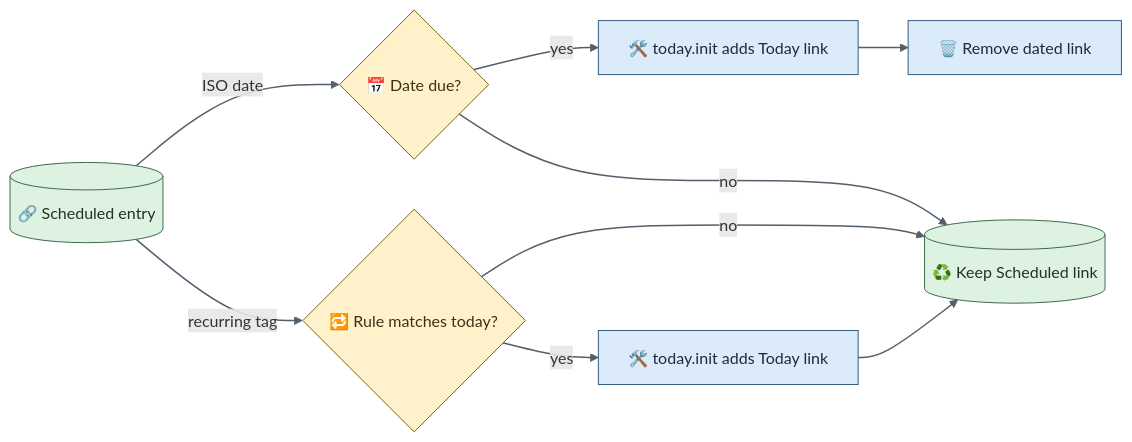
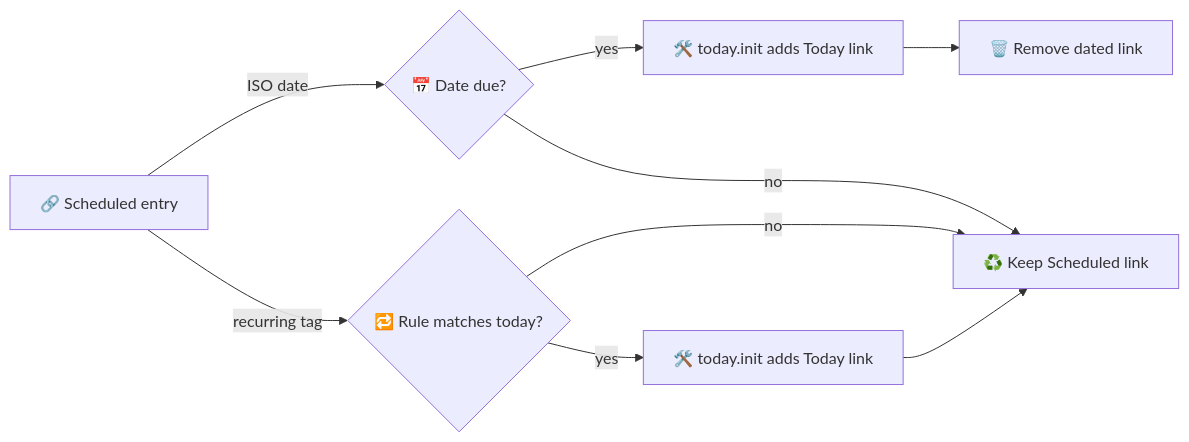
One commit to enogrob/project-today-manager changed the third of 3 diagrams in README.md. Above: the diagram before and after it, drawn with Mermaid. The commit also changed other lines of this file, not shown here.

````diff
--- a/README.md
+++ b/README.md
@@ -56,27 +112,20 @@
 ```mermaid
 flowchart LR
-  entry[("🔗 Scheduled entry")]
+  entry["🔗 Scheduled entry"]
   dueDate{"📅 Date due?"}
   recurrenceMatch{"🔁 Rule matches today?"}
   activateDate["🛠️ today.init adds Today link"]
   removeDate["🗑️ Remove dated link"]
   activateRecurring["🛠️ today.init adds Today link"]
-  keepScheduled[("♻️ Keep Scheduled link")]
+  keepScheduled["♻️ Keep Scheduled link"]
 
   entry -->|ISO date| dueDate
   entry -->|recurring tag| recurrenceMatch
   dueDate -->|yes| activateDate
   dueDate -->|no| keepScheduled
   activateDate --> removeDate
   recurrenceMatch -->|yes| activateRecurring
   recurrenceMatch -->|no| keepScheduled
   activateRecurring --> keepScheduled
 
-  classDef process fill:#DCEBFA,stroke:#355C7D,color:#1E293B;
-  classDef data fill:#DDF2E1,stroke:#3F6B4F,color:#1E3324;
-  classDef decision fill:#FFF1C9,stroke:#80641D,color:#3D3217;
-  class activateDate,removeDate,activateRecurring process;
-  class entry,keepScheduled data;
-  class dueDate,recurrenceMatch decision;
-  linkStyle default stroke:#52606D,stroke-width:1.5px;
 ```
````
